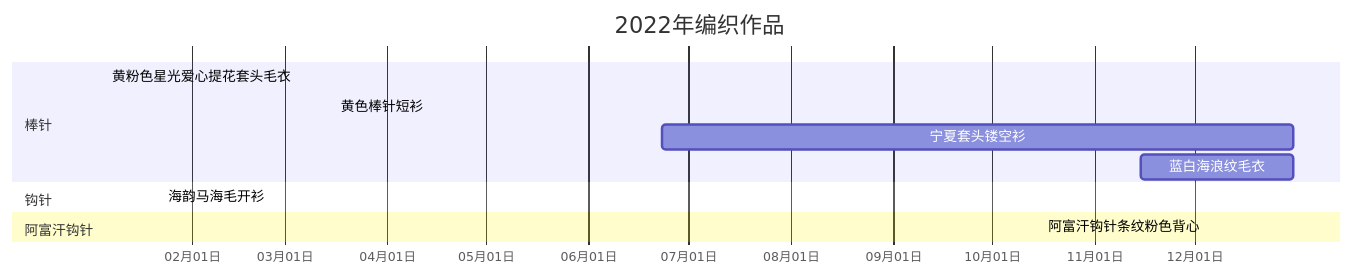
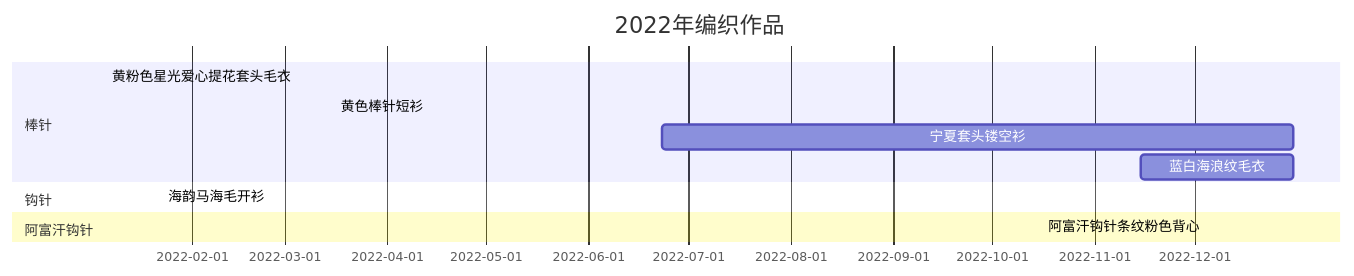
The diagram in _posts/2019-01-29-86.markdown (JiYouMCC/JiYouMCC.github.io), drawn with Mermaid before and after one commit.

````diff
--- a/_posts/2019-01-29-86.markdown
+++ b/_posts/2019-01-29-86.markdown
@@ -18,15 +18,14 @@
 ```mermaid
 gantt
     title 2022年编织作品
-    axisFormat %m月%d日
     todayMarker off
     section 棒针
     黄粉色星光爱心提花套头毛衣   :done,   2022-01-06, 2022-05-08
     黄色棒针短衫                :done,   2022-03-16, 2022-06-21
     宁夏套头镂空衫              :active  2022-06-23,191d
     蓝白海浪纹毛衣              :active  2022-11-15, 46d 
     section 钩针
     海韵马海毛开衫              :done,  2022-01-23, 2022-11-15 
     section 阿富汗钩针
     阿富汗钩针条纹粉色背心       :done,  2022-10-16, 2022-10-30  
 ```
````
